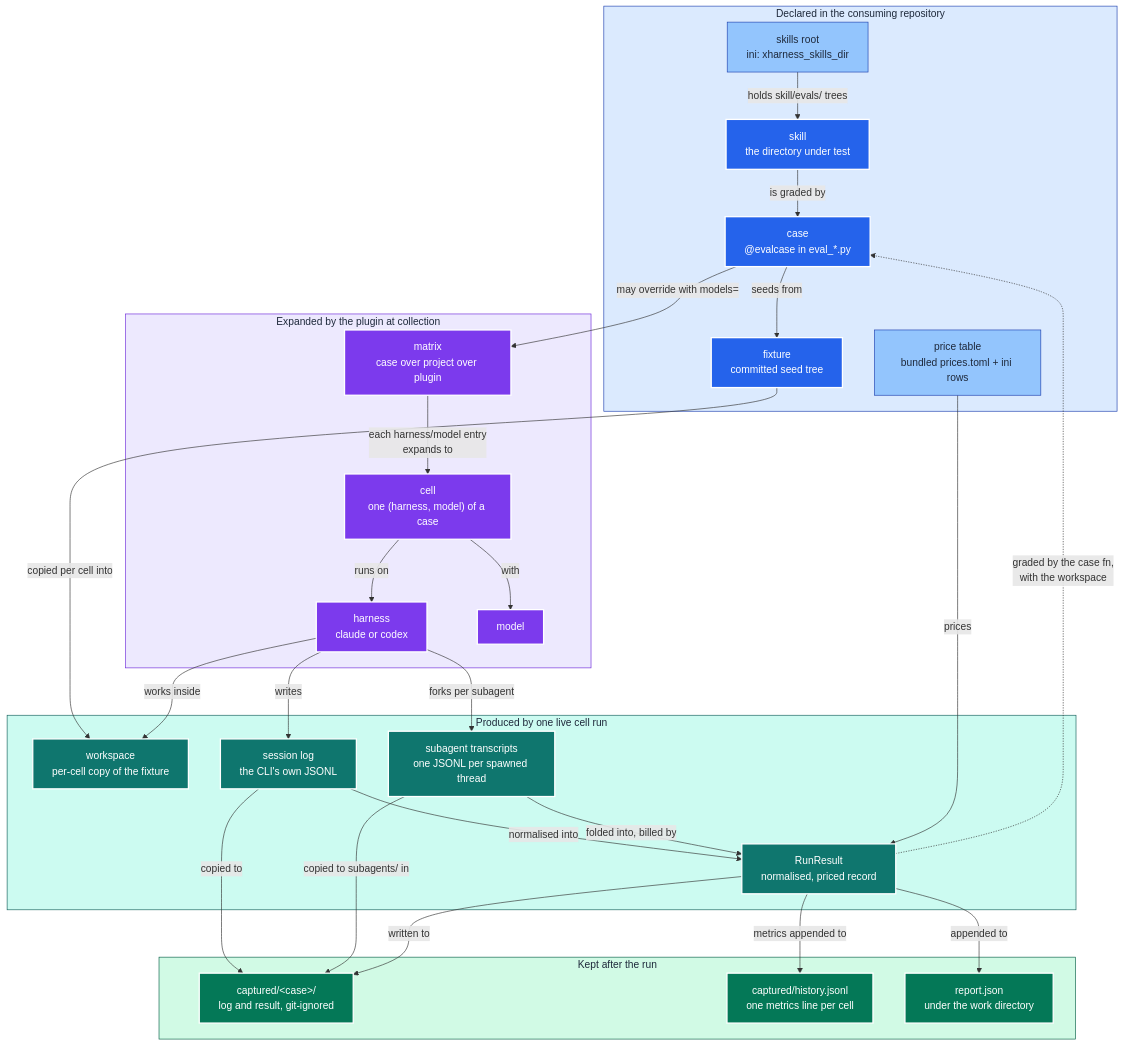
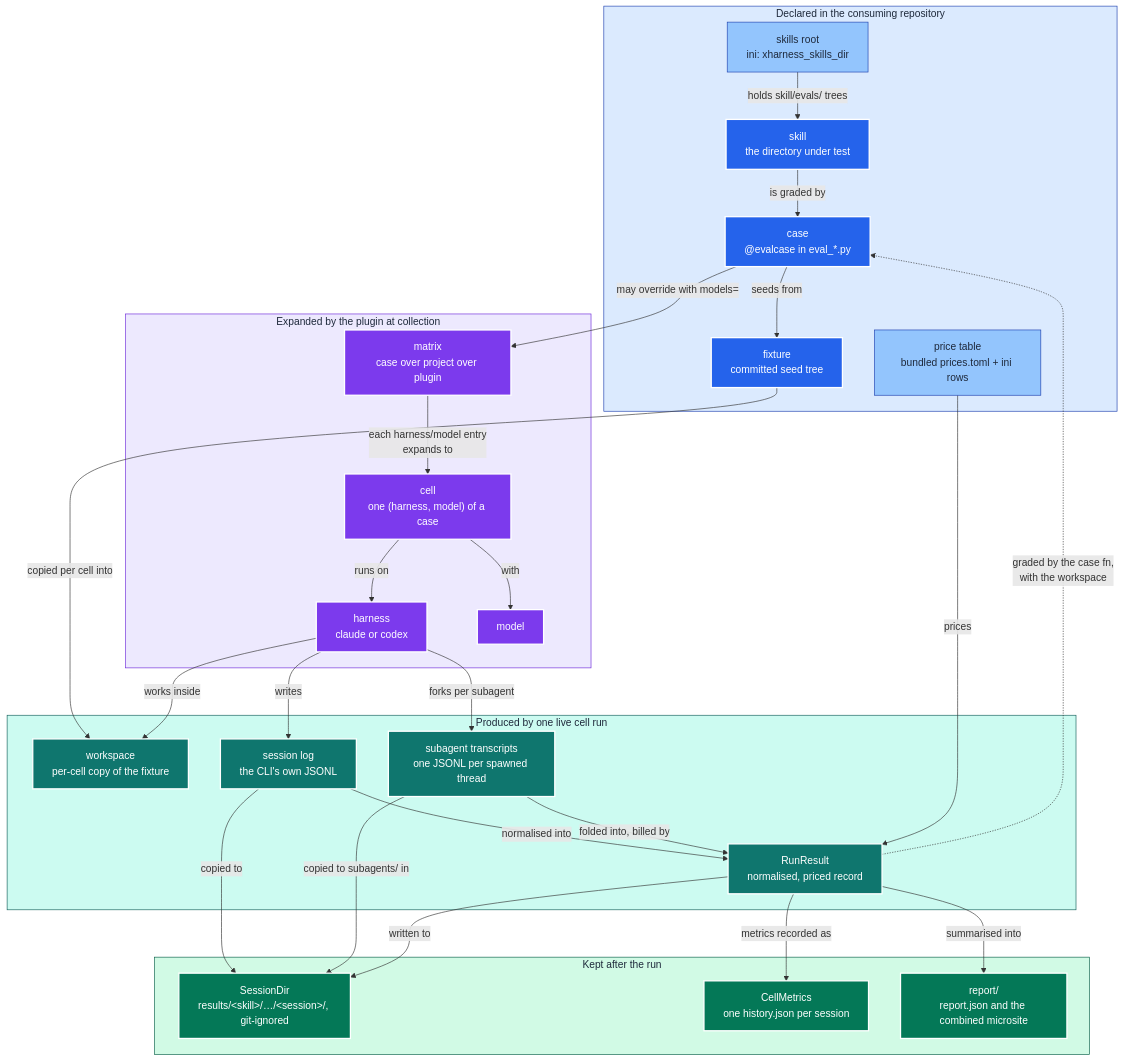
The third of 3 diagrams in ARCHITECTURE.md (neozenith/pytest-xharness-eval), drawn with Mermaid before and after one commit. The commit also changed other lines of this file and 19 other files, not shown here.

````diff
--- a/ARCHITECTURE.md
+++ b/ARCHITECTURE.md
@@ -215,65 +217,65 @@
 ```mermaid
 flowchart TB
     subgraph declared["Declared in the consuming repository"]
         ROOT["skills root<br/>ini: xharness_skills_dir"]:::cfg
         SKILL["skill<br/>the directory under test"]:::declare
         CASE["case<br/>@evalcase in eval_*.py"]:::declare
         FIX["fixture<br/>committed seed tree"]:::declare
         PRICES["price table<br/>bundled prices.toml + ini rows"]:::cfg
     end
 
     subgraph expanded["Expanded by the plugin at collection"]
         MATRIX["matrix<br/>case over project over plugin"]:::plan
         CELL["cell<br/>one (harness, model) of a case"]:::plan
         HARNESS["harness<br/>claude or codex"]:::plan
         MODEL["model"]:::plan
     end
 
     subgraph produced["Produced by one live cell run"]
         WS["workspace<br/>per-cell copy of the fixture"]:::data
         LOG["session log<br/>the CLI's own JSONL"]:::data
         SUB["subagent transcripts<br/>one JSONL per spawned thread"]:::data
         RR["RunResult<br/>normalised, priced record"]:::data
     end
 
     subgraph kept["Kept after the run"]
-        CAP["captured/&lt;case&gt;/<br/>log and result, git-ignored"]:::out
-        HIST["captured/history.jsonl<br/>one metrics line per cell"]:::out
-        REP["report.json<br/>under the work directory"]:::out
+        CAP["SessionDir<br/>results/&lt;skill&gt;/…/&lt;session&gt;/, git-ignored"]:::out
+        HIST["CellMetrics<br/>one history.json per session"]:::out
+        REP["report/<br/>report.json and the combined microsite"]:::out
     end
 
     ROOT -->|"holds skill/evals/ trees"| SKILL
     SKILL -->|"is graded by"| CASE
     CASE -->|"seeds from"| FIX
     CASE -->|"may override with models="| MATRIX
     MATRIX -->|"each harness/model entry<br/>expands to"| CELL
     CELL -->|"runs on"| HARNESS
     CELL -->|"with"| MODEL
     FIX -->|"copied per cell into"| WS
     HARNESS -->|"works inside"| WS
     HARNESS -->|"writes"| LOG
     HARNESS -->|"forks per subagent"| SUB
     LOG -->|"normalised into"| RR
     SUB -->|"folded into, billed by"| RR
     PRICES -->|"prices"| RR
     RR -.->|"graded by the case fn,<br/>with the workspace"| CASE
     LOG -->|"copied to"| CAP
     SUB -->|"copied to subagents/ in"| CAP
     RR -->|"written to"| CAP
-    RR -->|"metrics appended to"| HIST
-    RR -->|"appended to"| REP
+    RR -->|"metrics recorded as"| HIST
+    RR -->|"summarised into"| REP
 
     classDef declare fill:#2563eb,stroke:#fff,color:#fff,stroke-width:2px
     classDef cfg     fill:#93c5fd,stroke:#1e40af,color:#1e293b,stroke-width:1px
     classDef plan    fill:#7c3aed,stroke:#fff,color:#fff,stroke-width:2px
     classDef data    fill:#0f766e,stroke:#fff,color:#fff,stroke-width:2px
     classDef out     fill:#047857,stroke:#fff,color:#fff,stroke-width:2px
     classDef sgDeclare  fill:#dbeafe,stroke:#1e40af,color:#1e293b
     classDef sgExpand   fill:#ede9fe,stroke:#6d28d9,color:#1e293b
     classDef sgProduced fill:#ccfbf1,stroke:#115e59,color:#1e293b
     classDef sgKept     fill:#d1fae5,stroke:#065f46,color:#1e293b
     class declared sgDeclare
     class expanded sgExpand
     class produced sgProduced
     class kept sgKept
 ```
````
